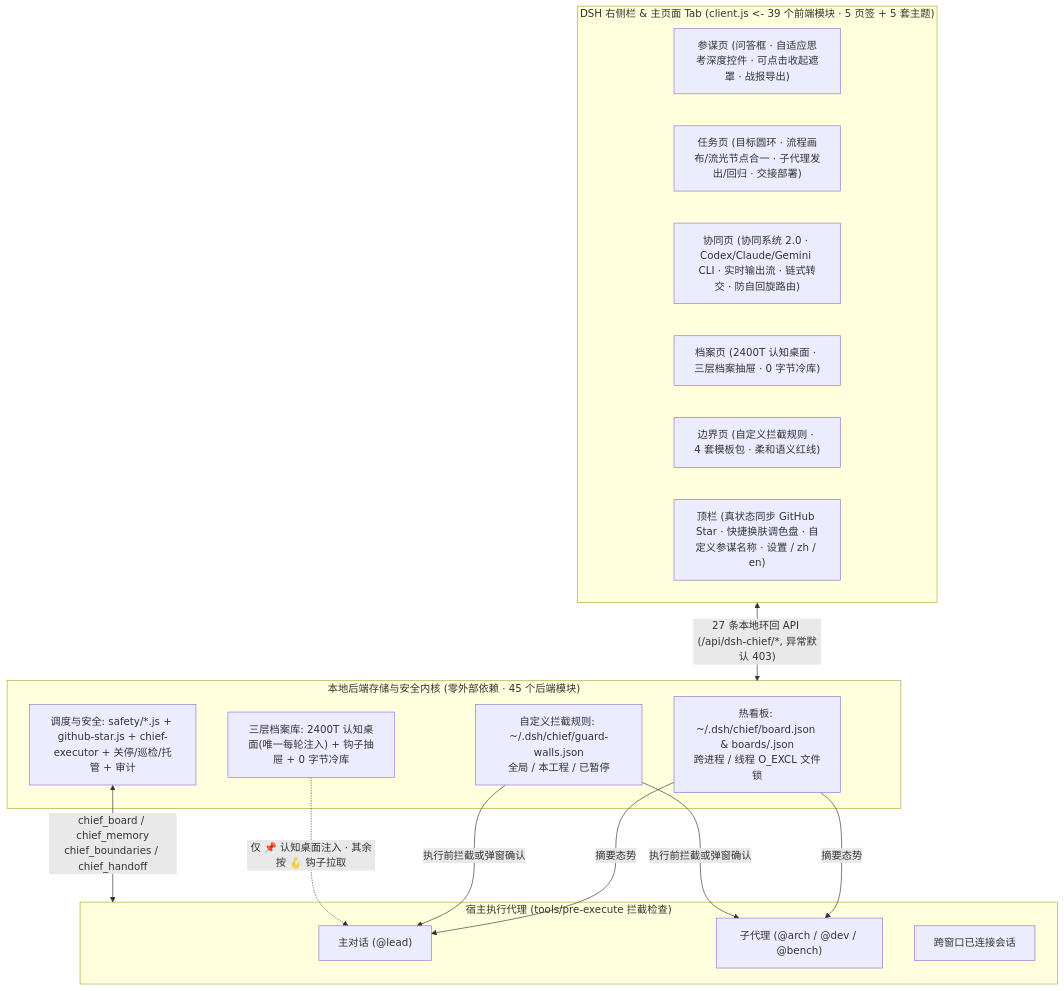
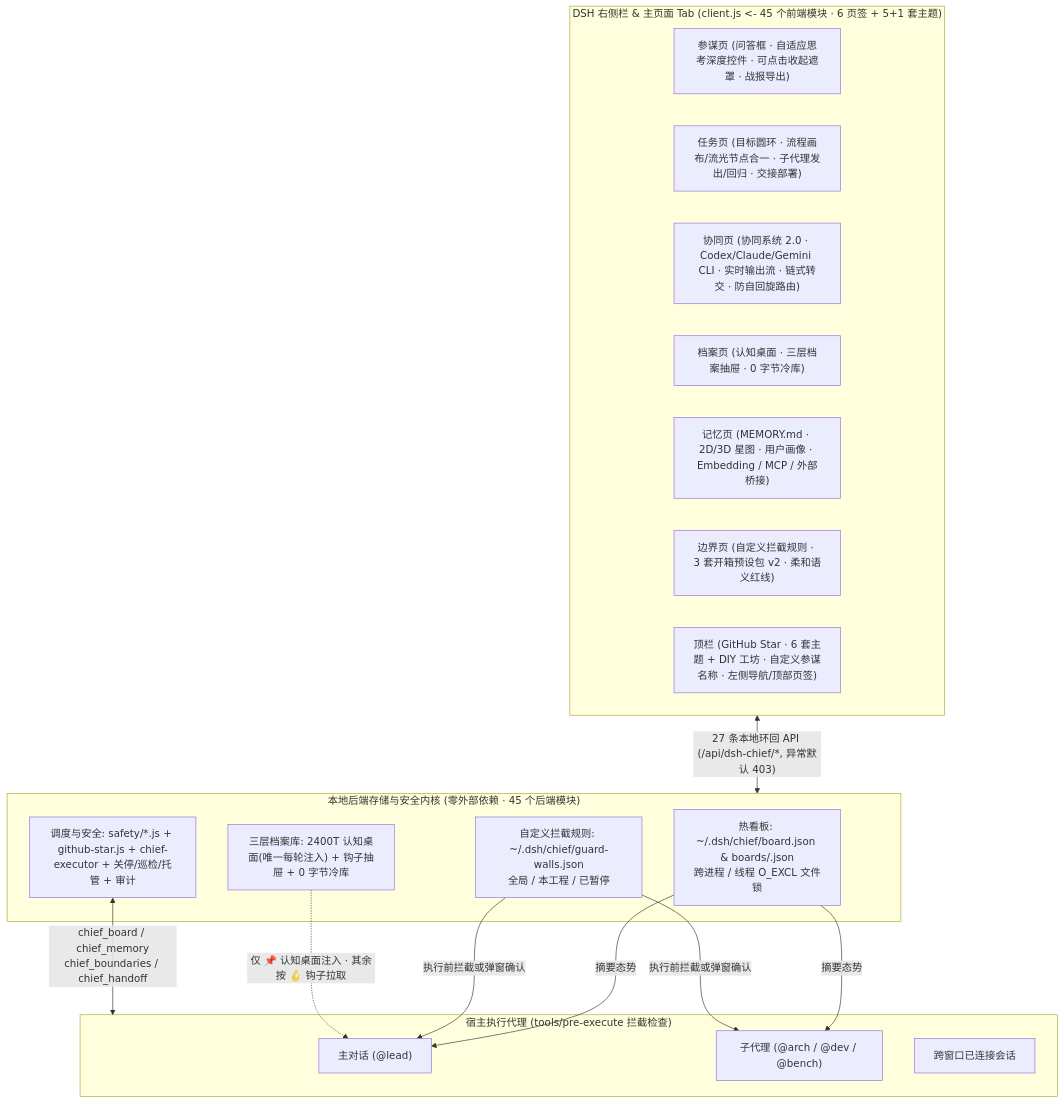
Before and after one commit to zqf20096327/ai_collect: the third of 3 diagrams in data/readmes/gluztm__dsh-chief.md, drawn with Mermaid. The commit also changed other lines of this file and 1875 other files, not shown here.

````diff
--- a/data/readmes/gluztm__dsh-chief.md
+++ b/data/readmes/gluztm__dsh-chief.md
@@ -366,32 +375,33 @@
 ```mermaid
 flowchart TB
-  subgraph UI["DSH 右侧栏 & 主页面 Tab (client.js <- 39 个前端模块 · 5 页签 + 5 套主题)"]
+  subgraph UI["DSH 右侧栏 & 主页面 Tab (client.js <- 45 个前端模块 · 6 页签 + 5+1 套主题)"]
     T1["参谋页 (问答框 · 自适应思考深度控件 · 可点击收起遮罩 · 战报导出)"]
     T2["任务页 (目标圆环 · 流程画布/流光节点合一 · 子代理发出/回归 · 交接部署)"]
     T3["协同页 (协同系统 2.0 · Codex/Claude/Gemini CLI · 实时输出流 · 链式转交 · 防自回旋路由)"]
-    T5["档案页 (2400T 认知桌面 · 三层档案抽屉 · 0 字节冷库)"]
-    T6["边界页 (自定义拦截规则 · 4 套模板包 · 柔和语义红线)"]
-    T7["顶栏 (真状态同步 GitHub Star · 快捷换肤调色盘 · 自定义参谋名称 · 设置 / zh / en)"]
+    T5["档案页 (认知桌面 · 三层档案抽屉 · 0 字节冷库)"]
+    T6["记忆页 (MEMORY.md · 2D/3D 星图 · 用户画像 · Embedding / MCP / 外部桥接)"]
+    T7["边界页 (自定义拦截规则 · 3 套开箱预设包 v2 · 柔和语义红线)"]
+    T8["顶栏 (GitHub Star · 6 套主题 + DIY 工坊 · 自定义参谋名称 · 左侧导航/顶部页签)"]
   end
 
   subgraph Core["本地后端存储与安全内核 (零外部依赖 · 45 个后端模块)"]
     Hot["热看板: ~/.dsh/chief/board.json & boards/<sid>.json\n跨进程 / 线程 O_EXCL 文件锁"]
     Walls["自定义拦截规则: ~/.dsh/chief/guard-walls.json\n全局 / 本工程 / 已暂停"]
     Cold["三层档案库: 2400T 认知桌面(唯一每轮注入) + 钩子抽屉 + 0 字节冷库"]
     Bus["调度与安全: safety/*.js + github-star.js + chief-executor + 关停/巡检/托管 + 审计"]
   end
 
   subgraph Agents["宿主执行代理 (tools/pre-execute 拦截检查)"]
     Lead["主对话 (@lead)"]
     Subs["子代理 (@arch / @dev / @bench)"]
     Peers["跨窗口已连接会话"]
   end
 
   UI <-->|"27 条本地环回 API (/api/dsh-chief/*, 异常默认 403)"| Core
   Hot -->|"摘要态势"| Lead
   Hot -->|"摘要态势"| Subs
   Walls -->|"执行前拦截或弹窗确认"| Lead
   Walls -->|"执行前拦截或弹窗确认"| Subs
   Cold -.->|"仅 📌 认知桌面注入 · 其余按 🪝 钩子拉取"| Lead
   Bus <-->|"chief_board / chief_memory\nchief_boundaries / chief_handoff"| Agents
 ```
````
